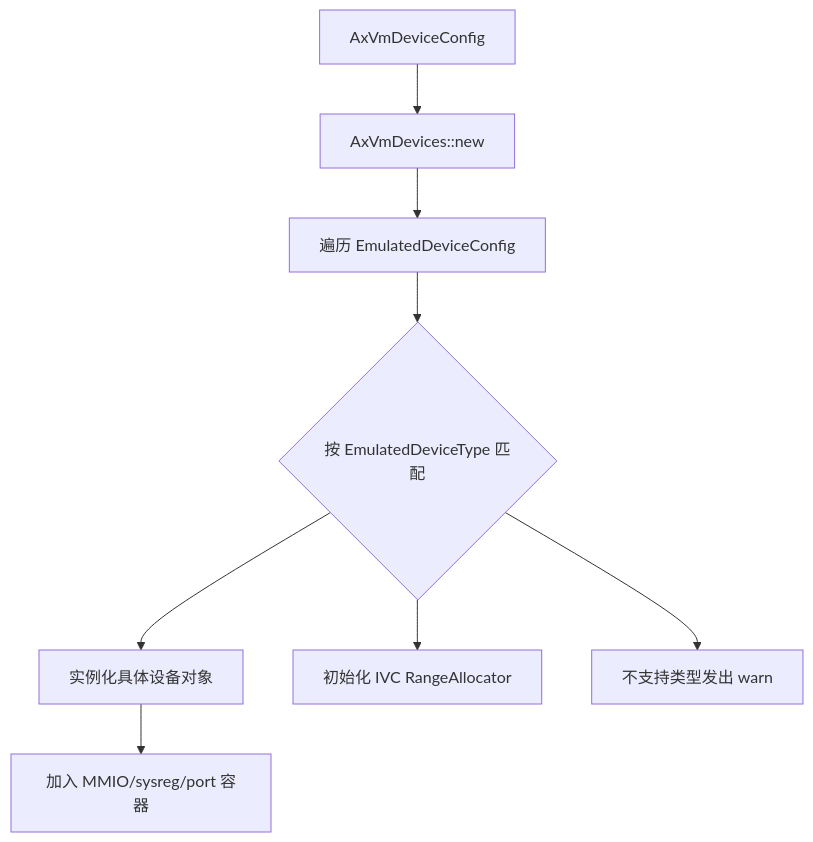
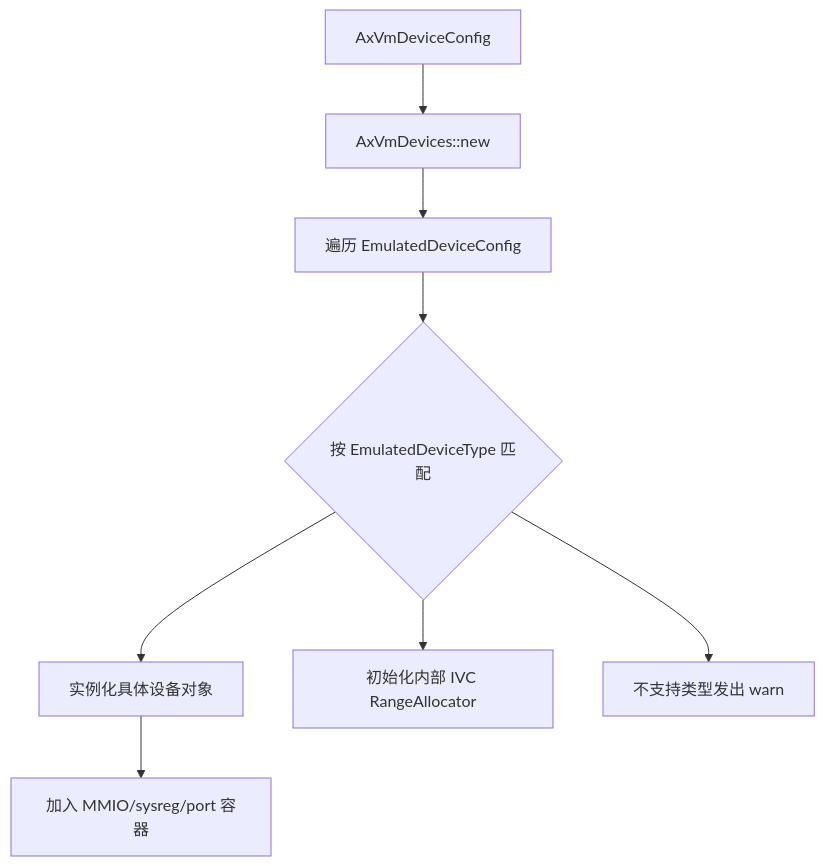
Before and after one commit to rcore-os/tgoskits: the first of 2 diagrams in docs/docs/components/crates/axdevice.md, drawn with Mermaid. The commit also changed other lines of this file and 28 other files, not shown here.

````diff
--- a/docs/docs/components/crates/axdevice.md
+++ b/docs/docs/components/crates/axdevice.md
@@ -76,10 +76,10 @@
 ```mermaid
 flowchart TD
     A[AxVmDeviceConfig] --> B[AxVmDevices::new]
     B --> C[遍历 EmulatedDeviceConfig]
     C --> D{按 EmulatedDeviceType 匹配}
     D --> E[实例化具体设备对象]
-    D --> F[初始化 IVC RangeAllocator]
+    D --> F[初始化内部 IVC RangeAllocator]
     D --> G[不支持类型发出 warn]
     E --> H[加入 MMIO/sysreg/port 容器]
 ```
````
